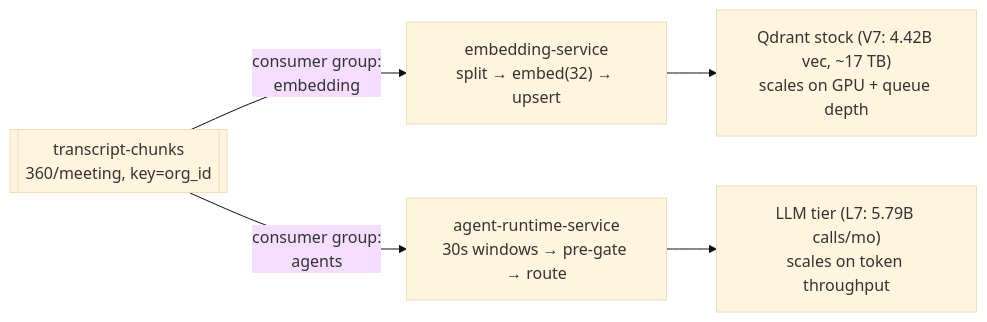
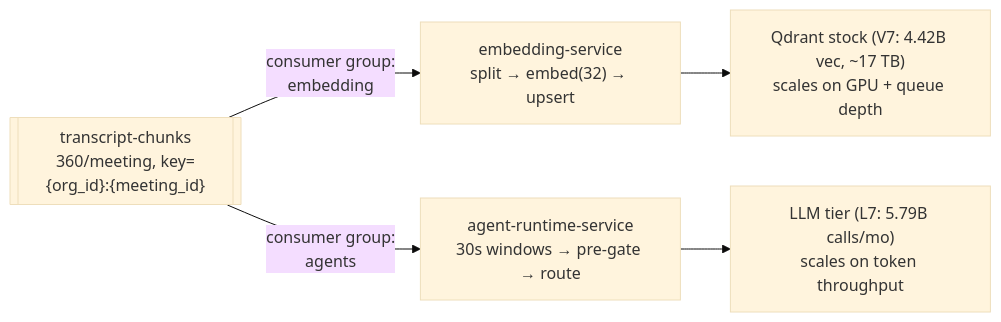
Before and after one commit to Mytheus-AI/mytheus-docs: the third of 3 diagrams in diagrams/05-event-flow-transcript-to-agent.md, drawn with Mermaid (base theme). The commit also changed other lines of this file and 10 other files, not shown here.

First line of the commit message:
docs: ratify transcript-chunks/agent-stream composite key and consent schema

````diff
--- a/diagrams/05-event-flow-transcript-to-agent.md
+++ b/diagrams/05-event-flow-transcript-to-agent.md
@@ -171,8 +171,8 @@
 ```mermaid
 flowchart LR
-  TC[["transcript-chunks<br/>360/meeting, key=org_id"]]
+  TC[["transcript-chunks<br/>360/meeting, key={org_id}:{meeting_id}"]]
   TC -->|"consumer group:<br/>embedding"| EMB["embedding-service<br/>split → embed(32) → upsert"]
   TC -->|"consumer group:<br/>agents"| AGENT["agent-runtime-service<br/>30s windows → pre-gate → route"]
   EMB --> Q["Qdrant stock (V7: 4.42B vec, ~17 TB)<br/>scales on GPU + queue depth"]
   AGENT --> L["LLM tier (L7: 5.79B calls/mo)<br/>scales on token throughput"]
 ```
````
